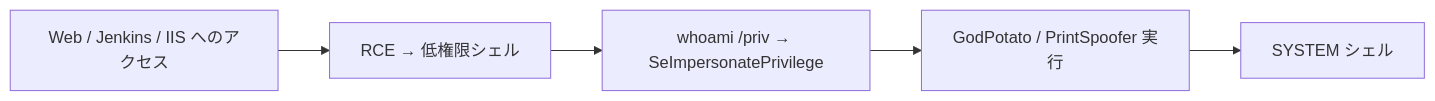
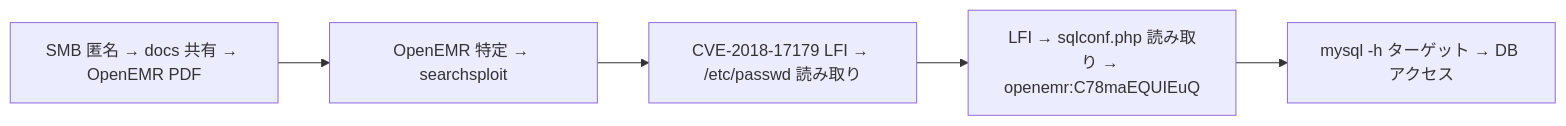
The fourth of 7 diagrams in _posts/2026-03-06-tech-windows-privesc-summary-ja.md (morimori-dev/morimori-dev.github.io), drawn with Mermaid before and after one commit. The commit also changed other lines of this file and 1 other file, not shown here.

````diff
--- a/_posts/2026-03-06-tech-windows-privesc-summary-ja.md
+++ b/_posts/2026-03-06-tech-windows-privesc-summary-ja.md
@@ -380,7 +145,7 @@
 ```mermaid
 flowchart LR
-    A[Web / Jenkins / IIS へのアクセス] --> B[RCE → 低権限シェル]
-    B --> C[whoami /priv → SeImpersonatePrivilege]
-    C --> D[GodPotato / PrintSpoofer 実行]
-    D --> E[SYSTEM シェル]
+    A[SMB 匿名 → docs 共有 → OpenEMR PDF] --> B[OpenEMR 特定 → searchsploit]
+    B --> C[CVE-2018-17179 LFI → /etc/passwd 読み取り]
+    C --> D[LFI → sqlconf.php 読み取り → openemr:C78maEQUIEuQ]
+    D --> E[mysql -h ターゲット → DB アクセス]
 ```
````
